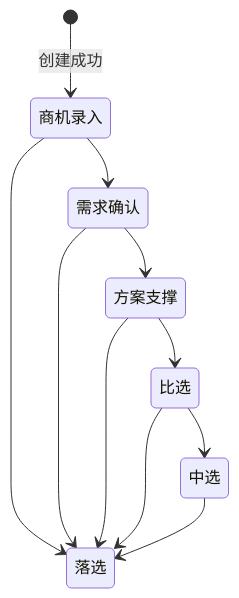
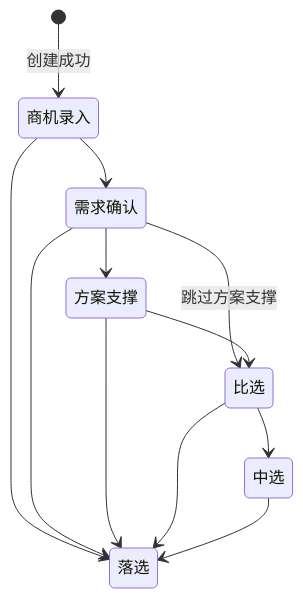
One commit to Joker-1030/Yingjia-Internal-Management-System changed the second of 4 diagrams in prd-workspace/current/user-flows/FLOW-17-M12-sales-opportunity.md. Above: the diagram before and after it, drawn with Mermaid. The commit also changed other lines of this file and 50 other files, not shown here.

````diff
--- a/prd-workspace/current/user-flows/FLOW-17-M12-sales-opportunity.md
+++ b/prd-workspace/current/user-flows/FLOW-17-M12-sales-opportunity.md
@@ -28,13 +35,14 @@
 ```mermaid
 stateDiagram-v2
     [*] --> 商机录入: 创建成功
     商机录入 --> 需求确认
     需求确认 --> 方案支撑
+    需求确认 --> 比选: 跳过方案支撑
     方案支撑 --> 比选
     比选 --> 中选
     商机录入 --> 落选
     需求确认 --> 落选
     方案支撑 --> 落选
     比选 --> 落选
     中选 --> 落选
 ```
````
